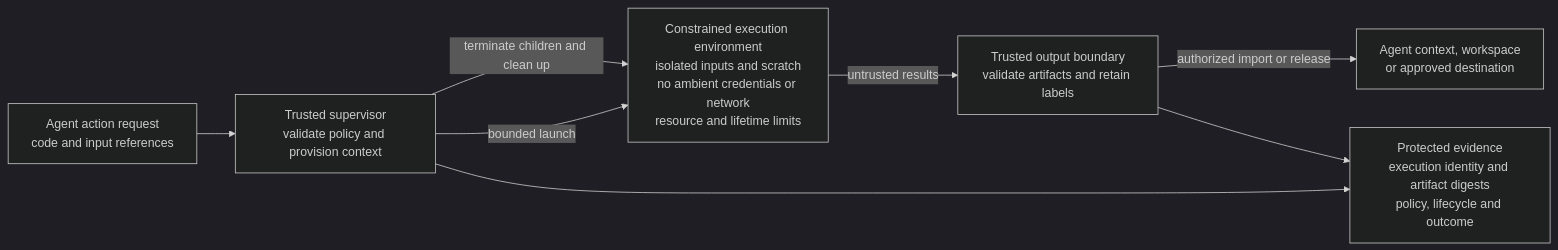
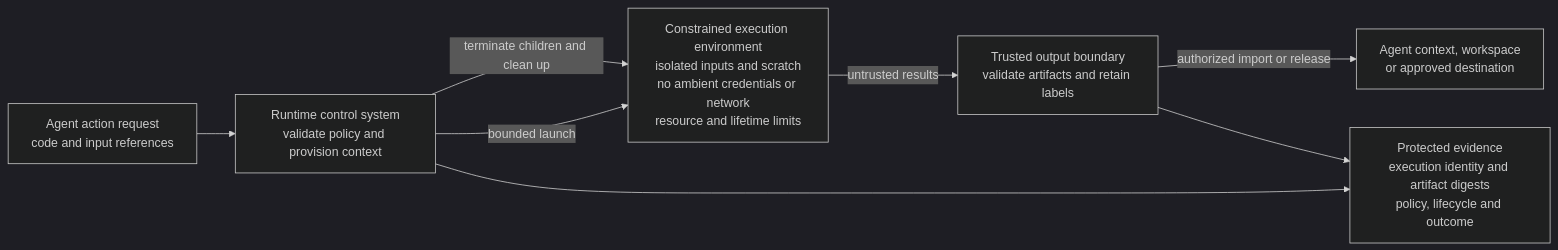
Before and after one commit to nolabs-ai/agent-runtime-security: the diagram in diagrams/05-constrained-execution.mmd, drawn with Mermaid (dark theme). The commit also changed 37 other files, not shown here.

First line of the commit message:
feat(docs): update paper and diagrams for runtime governance

```diff
--- a/diagrams/05-constrained-execution.mmd
+++ b/diagrams/05-constrained-execution.mmd
@@ -1,8 +1,8 @@
 flowchart LR
-  A["Agent action request<br/>code and input references"] --> S["Trusted supervisor<br/>validate policy and provision context"]
+  A["Agent action request<br/>code and input references"] --> S["Runtime control system<br/>validate policy and provision context"]
   S -->|"bounded launch"| X["Constrained execution environment<br/>isolated inputs and scratch<br/>no ambient credentials or network<br/>resource and lifetime limits"]
   X -->|"untrusted results"| O["Trusted output boundary<br/>validate artifacts and retain labels"]
   O -->|"authorized import or release"| D["Agent context, workspace<br/>or approved destination"]
   S --> E["Protected evidence<br/>execution identity and artifact digests<br/>policy, lifecycle and outcome"]
   O --> E
   S -->|"terminate children and clean up"| X
```
